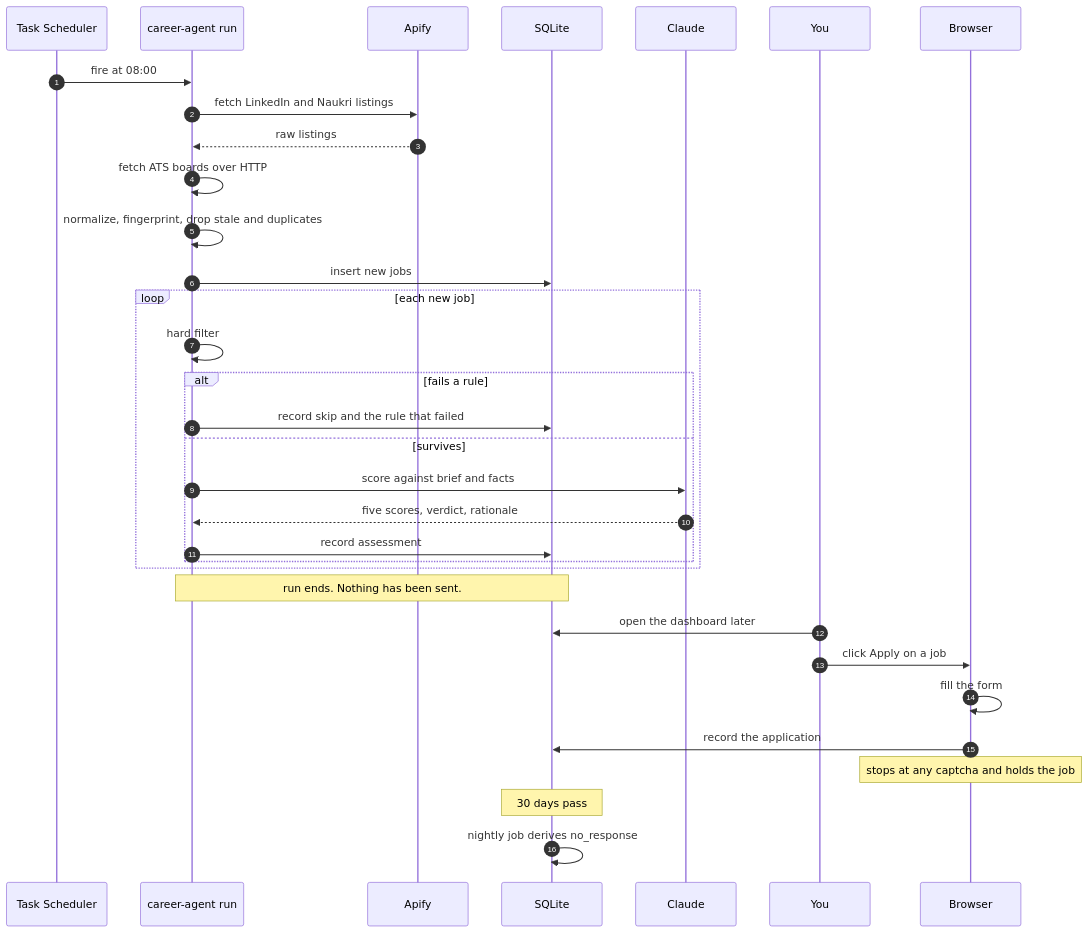
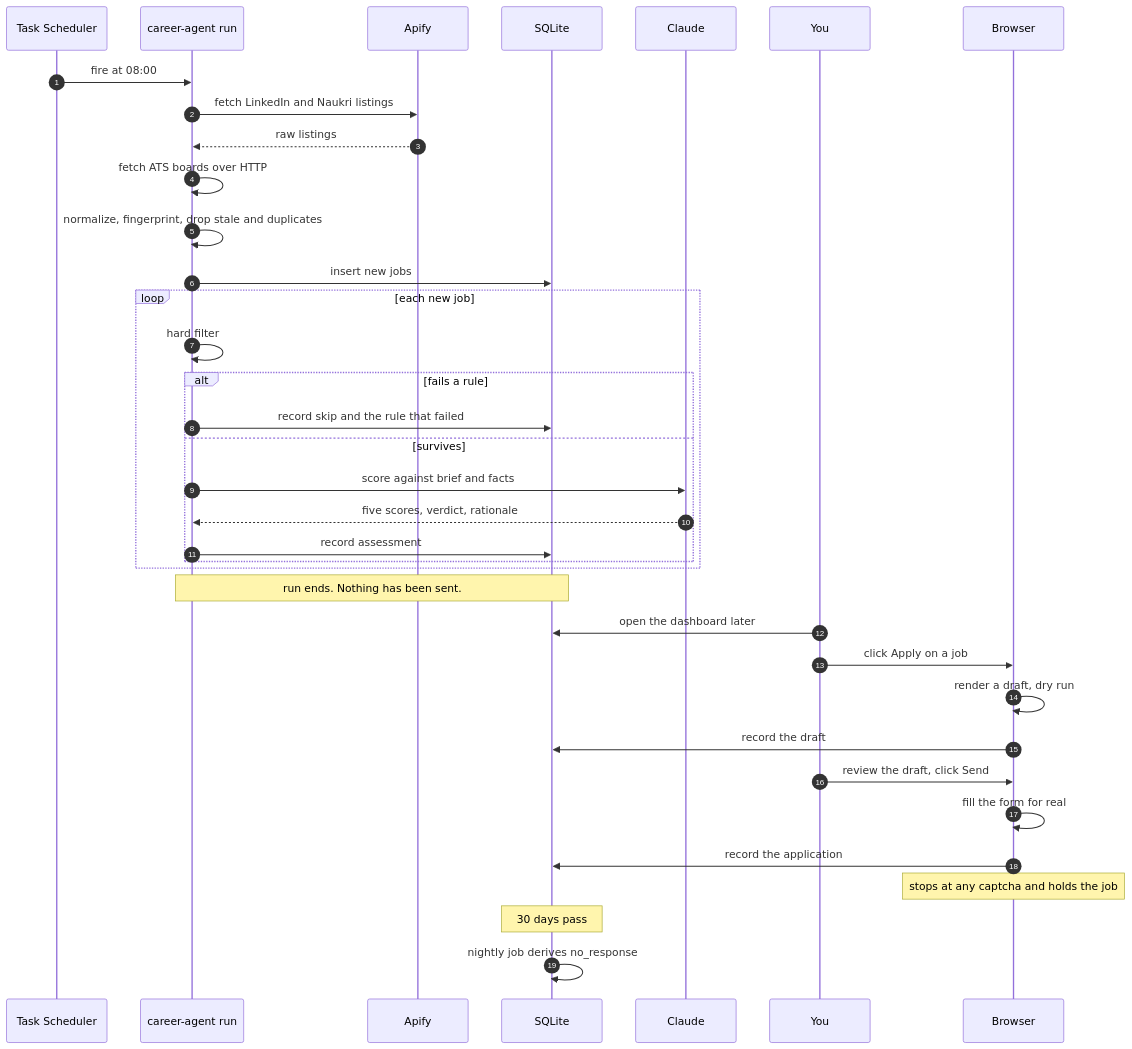
One commit to sathishr-AIE/career-agent changed the third of 7 diagrams in docs/architecture-overview.md. Above: the diagram before and after it, drawn with Mermaid. The commit also changed other lines of this file, not shown here.

Commit message:
docs: fix stale application-lifecycle diagrams
Task 17 made Send the only route that ever produces in_flight, but the
state diagram still had Apply doing that, and the sequence diagram
skipped the review-then-send step entirely. Update both to match the
shipped two-step draft/send flow.

````diff
--- a/docs/architecture-overview.md
+++ b/docs/architecture-overview.md
@@ -103,40 +103,43 @@
 ```mermaid
 sequenceDiagram
     autonumber
     participant T as Task Scheduler
     participant R as career-agent run
     participant AP as Apify
     participant DB as SQLite
     participant M as Claude
     participant You
     participant B as Browser
 
     T->>R: fire at 08:00
     R->>AP: fetch LinkedIn and Naukri listings
     AP-->>R: raw listings
     R->>R: fetch ATS boards over HTTP
     R->>R: normalize, fingerprint, drop stale and duplicates
     R->>DB: insert new jobs
 
     loop each new job
         R->>R: hard filter
         alt fails a rule
             R->>DB: record skip and the rule that failed
         else survives
             R->>M: score against brief and facts
             M-->>R: five scores, verdict, rationale
             R->>DB: record assessment
         end
     end
 
     Note over R,DB: run ends. Nothing has been sent.
 
     You->>DB: open the dashboard later
     You->>B: click Apply on a job
-    B->>B: fill the form
+    B->>B: render a draft, dry run
+    B->>DB: record the draft
+    You->>B: review the draft, click Send
+    B->>B: fill the form for real
     B->>DB: record the application
     Note over B: stops at any captcha and holds the job
 
     Note over DB: 30 days pass
     DB->>DB: nightly job derives no_response
 ```
````
